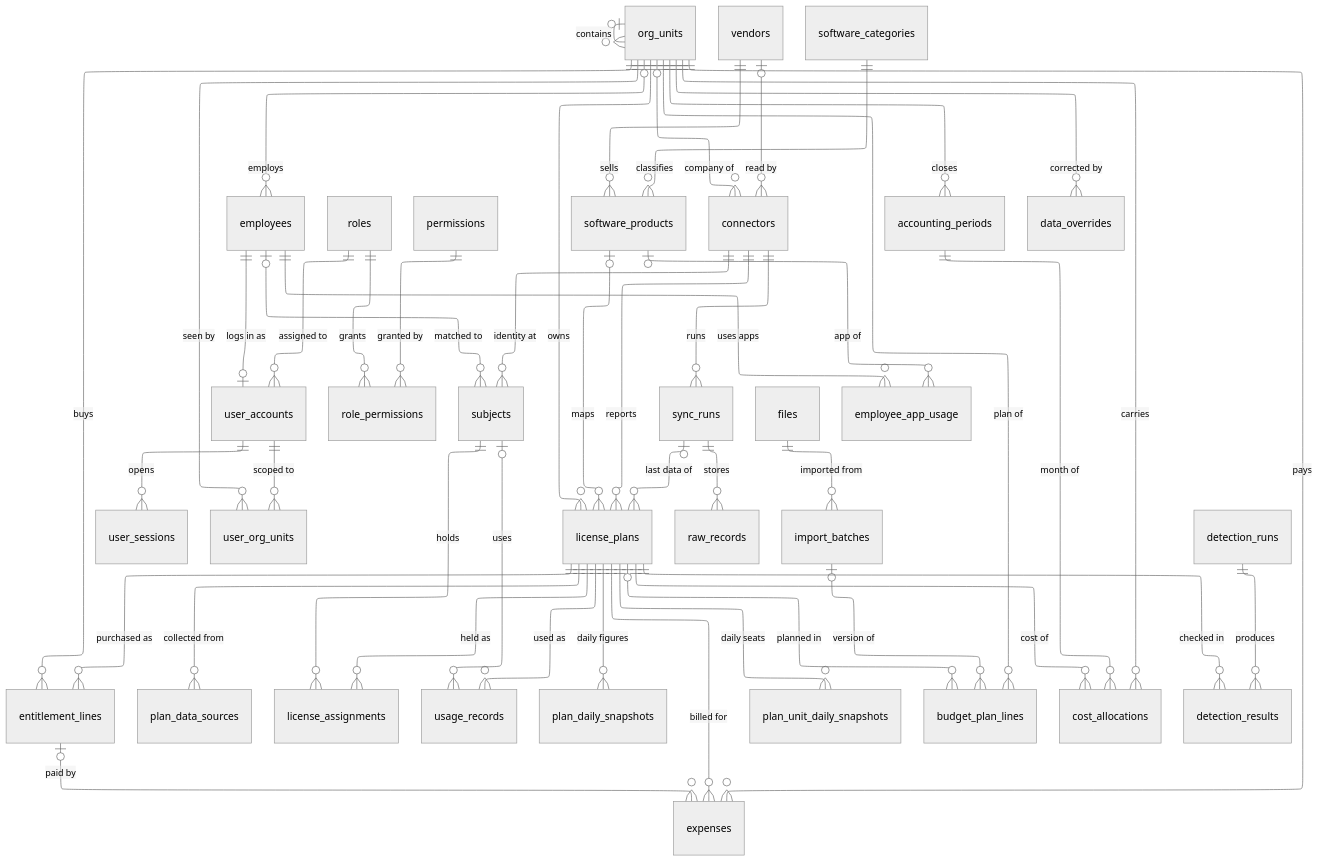
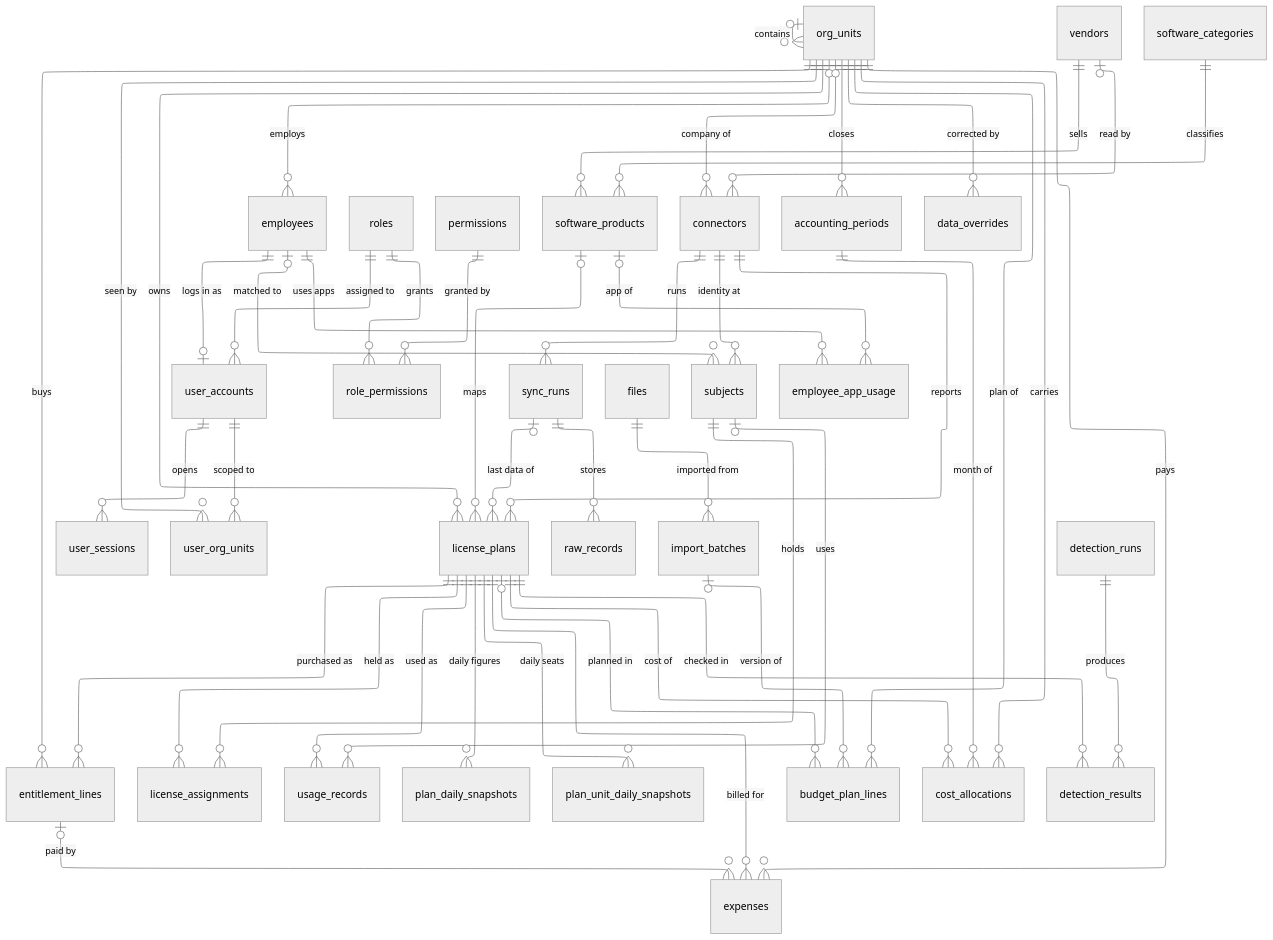
One commit to cuonglpv/VFast changed the diagram in docs/database/diagrams/erd_overview.mmd. Above: the diagram before and after it, drawn with Mermaid (neutral theme). The commit also changed 18 other files, not shown here.

First line of the commit message:
docs: fold plan_data_sources into license_plans

```diff
--- a/docs/database/diagrams/erd_overview.mmd
+++ b/docs/database/diagrams/erd_overview.mmd
@@ -1,54 +1,53 @@
 ---
 config:
   layout: elk
   elk:
     mergeEdges: false
     nodePlacementStrategy: NETWORK_SIMPLEX
 ---
 erDiagram
     org_units |o--o{ org_units : "contains"
     org_units |o--o{ employees : "employs"
     employees ||--o| user_accounts : "logs in as"
     roles ||--o{ user_accounts : "assigned to"
     roles ||--o{ role_permissions : grants
     permissions ||--o{ role_permissions : "granted by"
     user_accounts ||--o{ user_sessions : opens
     user_accounts ||--o{ user_org_units : "scoped to"
     org_units ||--o{ user_org_units : "seen by"
     vendors ||--o{ software_products : sells
     software_categories ||--o{ software_products : classifies
     software_products |o--o{ license_plans : "maps"
     org_units ||--o{ license_plans : owns
     license_plans ||--o{ entitlement_lines : "purchased as"
     org_units ||--o{ entitlement_lines : buys
     vendors |o--o{ connectors : "read by"
     org_units |o--o{ connectors : "company of"
     connectors ||--o{ license_plans : reports
     connectors ||--o{ sync_runs : runs
-    license_plans ||--o{ plan_data_sources : "collected from"
     sync_runs |o--o{ license_plans : "last data of"
     sync_runs ||--o{ raw_records : stores
     files ||--o{ import_batches : "imported from"
     connectors ||--o{ subjects : "identity at"
     employees |o--o{ subjects : "matched to"
     license_plans ||--o{ license_assignments : "held as"
     subjects ||--o{ license_assignments : holds
     license_plans ||--o{ usage_records : "used as"
     subjects |o--o{ usage_records : uses
     license_plans ||--o{ plan_daily_snapshots : "daily figures"
     license_plans ||--o{ plan_unit_daily_snapshots : "daily seats"
     employees ||--o{ employee_app_usage : "uses apps"
     software_products |o--o{ employee_app_usage : "app of"
     import_batches |o--o{ budget_plan_lines : "version of"
     license_plans |o--o{ budget_plan_lines : "planned in"
     org_units ||--o{ budget_plan_lines : "plan of"
     accounting_periods ||--o{ cost_allocations : "month of"
     license_plans ||--o{ cost_allocations : "cost of"
     org_units ||--o{ cost_allocations : carries
     license_plans ||--o{ expenses : "billed for"
     entitlement_lines |o--o{ expenses : "paid by"
     org_units ||--o{ expenses : pays
     org_units ||--o{ accounting_periods : closes
     detection_runs ||--o{ detection_results : produces
     license_plans ||--o{ detection_results : "checked in"
     org_units ||--o{ data_overrides : "corrected by"
```
